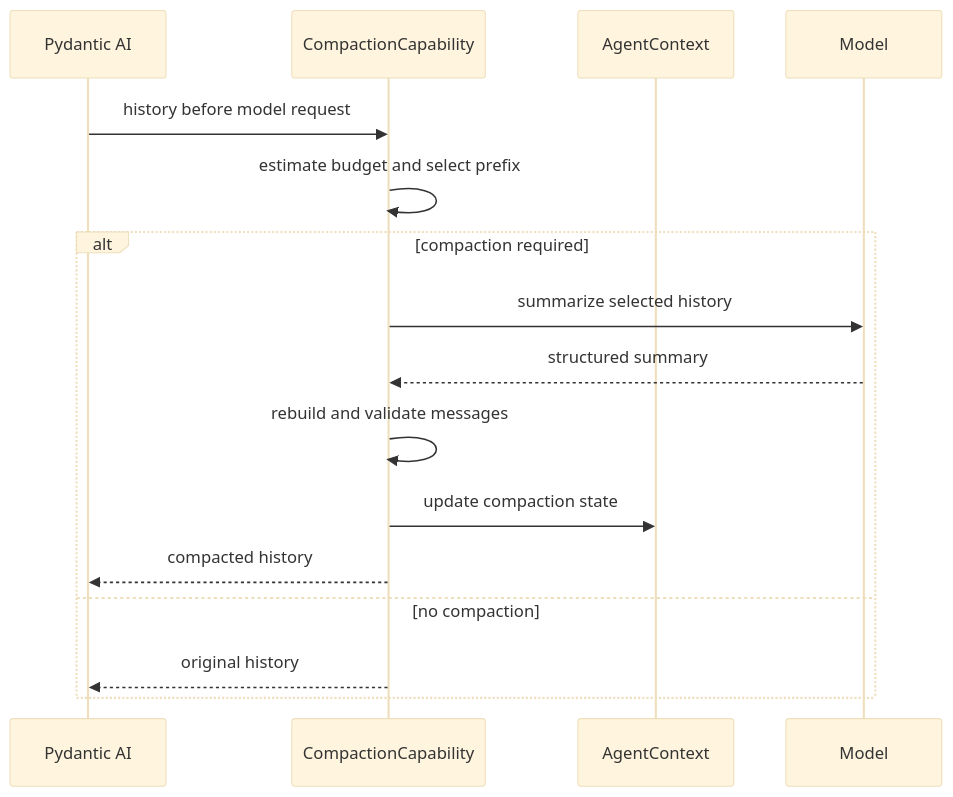
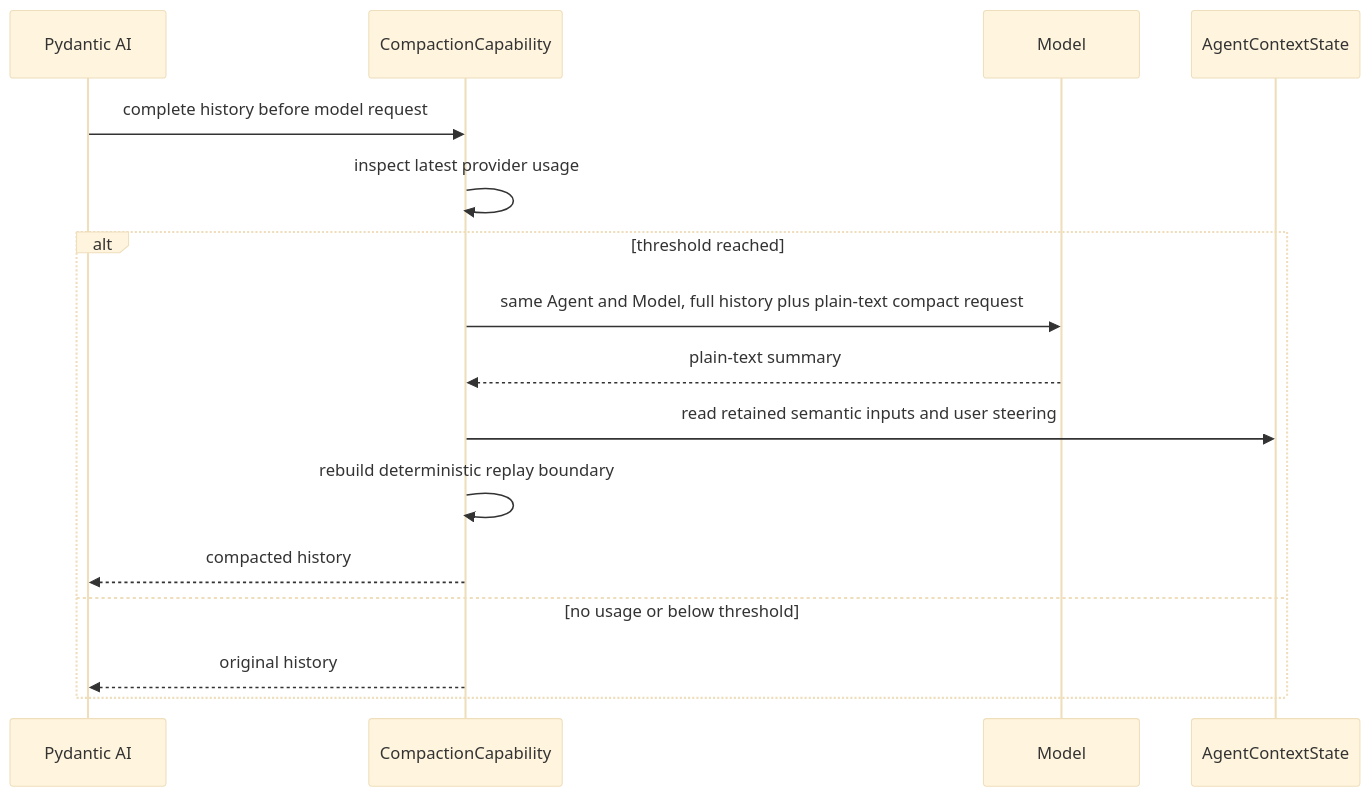
One commit to LTThreeComma/agent-foundation changed the second of 2 diagrams in spec/agent-harness/09-context-and-memory.md. Above: the diagram before and after it, drawn with Mermaid (base theme). The commit also changed other lines of this file and 136 other files, not shown here.

First line of the commit message:
feat(runtime): establish provider-backed local agent runtime (#17)

````diff
--- a/spec/agent-harness/09-context-and-memory.md
+++ b/spec/agent-harness/09-context-and-memory.md
@@ -283,19 +285,19 @@
 ```mermaid
 sequenceDiagram
     participant PAI as Pydantic AI
     participant Compact as CompactionCapability
-    participant Context as AgentContext
     participant Model
+    participant State as AgentContextState
 
-    PAI->>Compact: history before model request
-    Compact->>Compact: estimate budget and select prefix
-    alt compaction required
-        Compact->>Model: summarize selected history
-        Model-->>Compact: structured summary
-        Compact->>Compact: rebuild and validate messages
-        Compact->>Context: update compaction state
+    PAI->>Compact: complete history before model request
+    Compact->>Compact: inspect latest provider usage
+    alt threshold reached
+        Compact->>Model: same Agent and Model, full history plus plain-text compact request
+        Model-->>Compact: plain-text summary
+        Compact->>State: read retained semantic inputs and user steering
+        Compact->>Compact: rebuild deterministic replay boundary
         Compact-->>PAI: compacted history
-    else no compaction
+    else no usage or below threshold
         Compact-->>PAI: original history
     end
 ```
````
